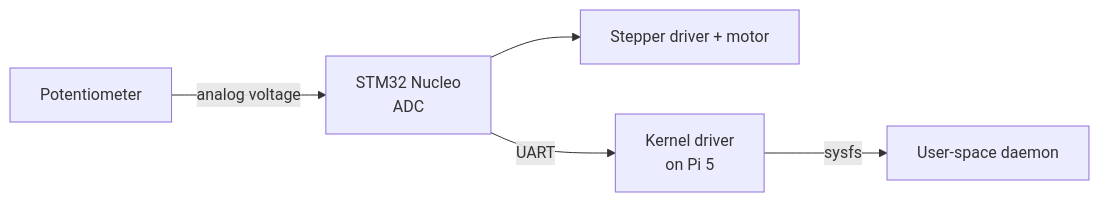
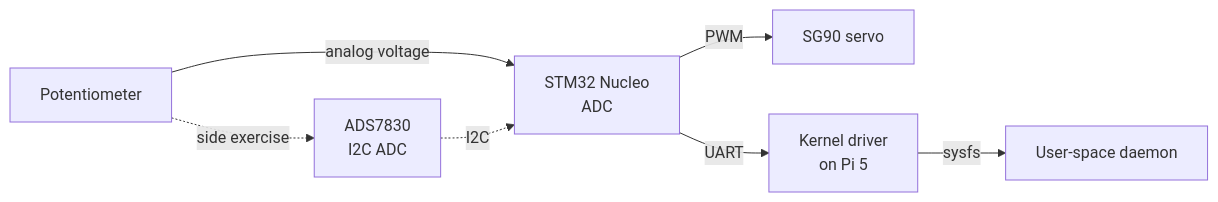
One commit to tyroneous9/Tether changed the diagram in docs/plan.md. Above: the diagram before and after it, drawn with Mermaid. The commit also changed other lines of this file and 11 other files, not shown here.

````diff
--- a/docs/plan.md
+++ b/docs/plan.md
@@ -23,7 +23,8 @@
 ```mermaid
 flowchart LR
   P[Potentiometer] -- analog voltage --> N[STM32 Nucleo<br/>ADC]
-  N --> M[Stepper driver + motor]
+  P -. side exercise .-> X[ADS7830<br/>I2C ADC] -. I2C .-> N
+  N -- PWM --> S[SG90 servo]
   N -- UART --> K[Kernel driver<br/>on Pi 5]
   K -- sysfs --> A[User-space daemon]
 ```
````
